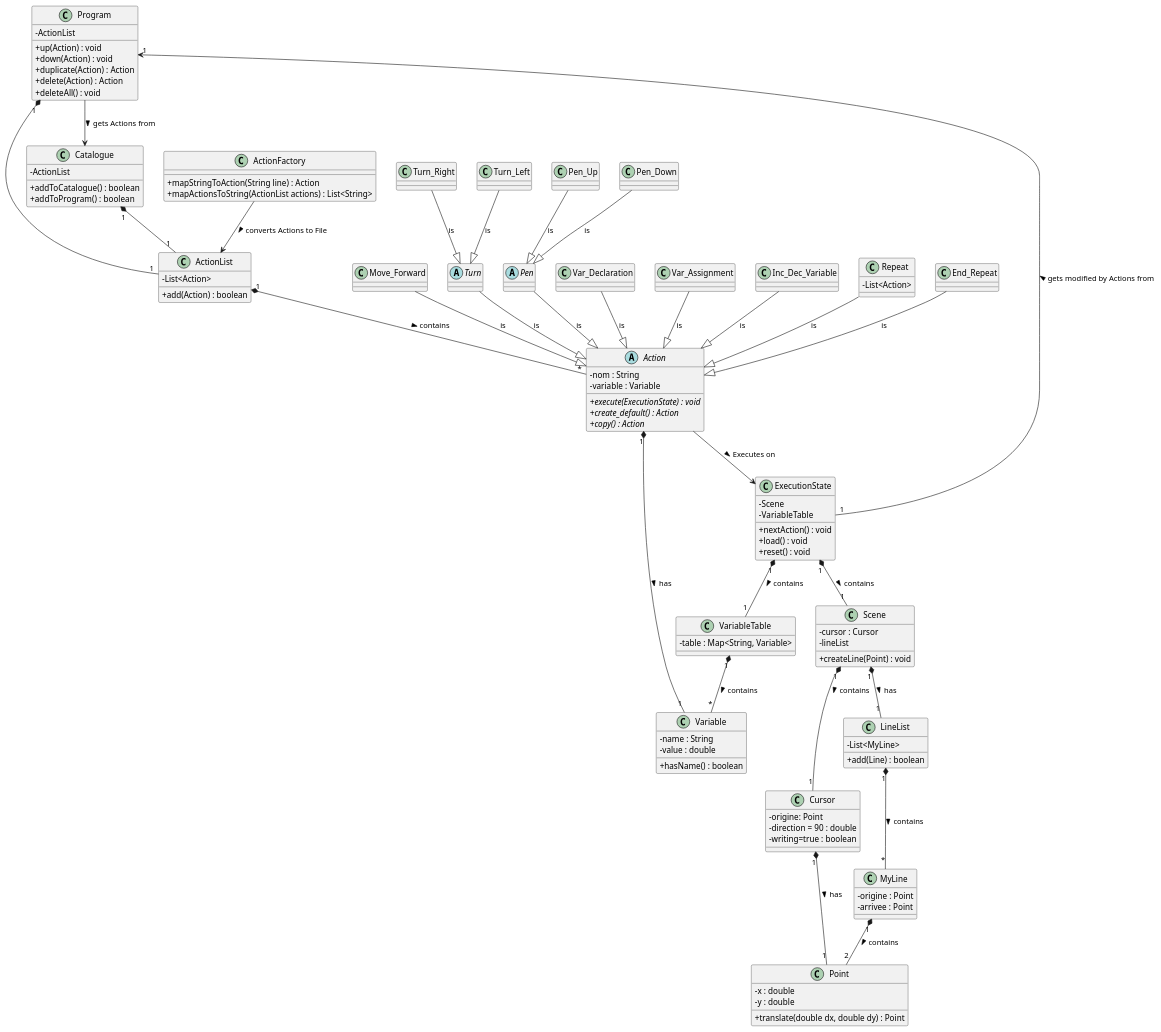
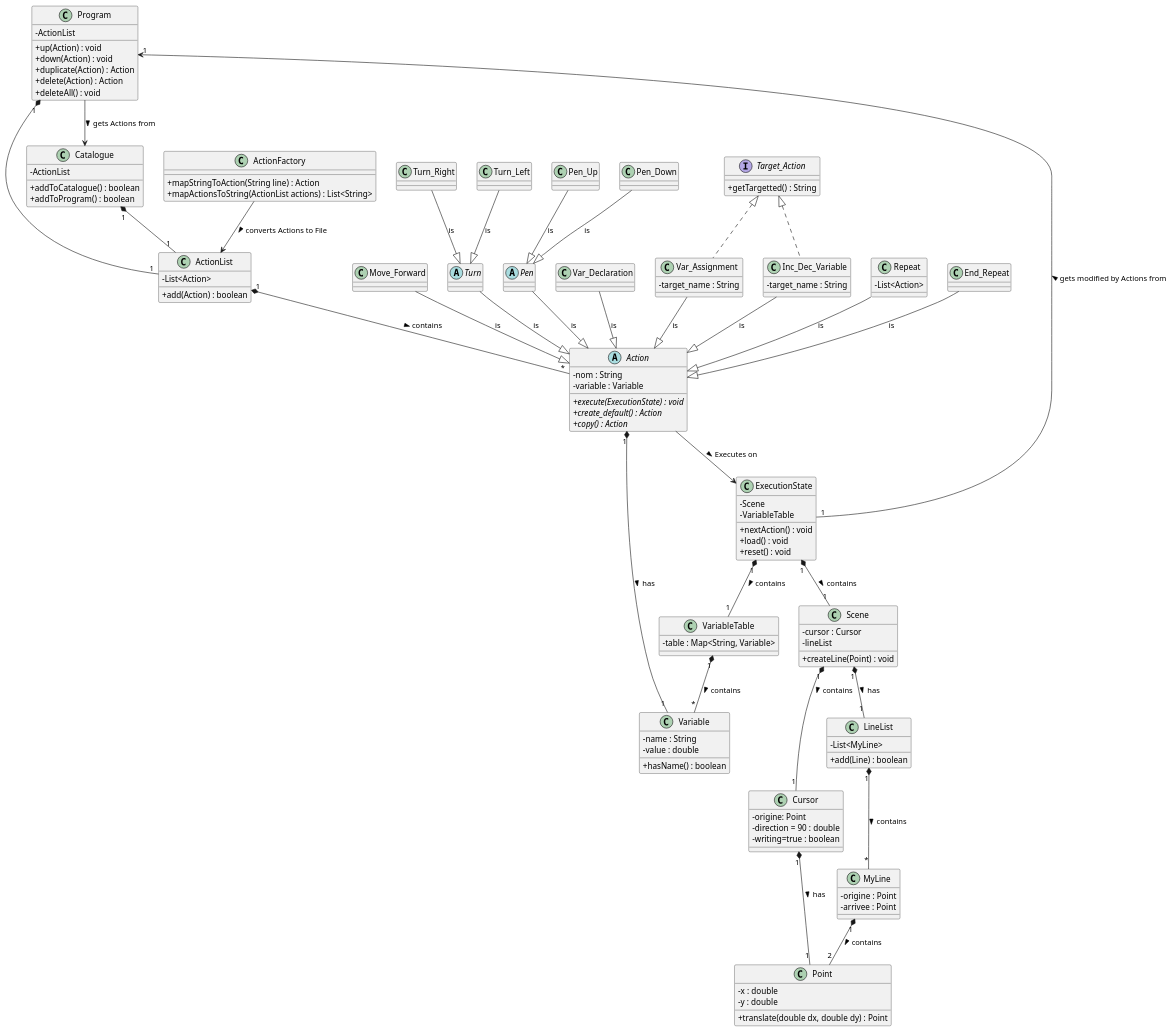
One commit to ajeridi/scratchlike-project changed the diagram in diagramme_classes.puml. Above: the diagram before and after it, drawn with PlantUML. The commit also changed 4 other files, not shown here.

Commit message:
feat(var_assignement) : creation de la classe Var_Assignment, de l'interface Target_Action

```diff
--- a/diagramme_classes.puml
+++ b/diagramme_classes.puml
@@ -1,169 +1,176 @@
 @startuml
 
 skinparam Shadowing false               /' Désactive l'effet d'ombre sur les éléments '/
 skinparam classAttributeIconSize 0      /' Taille des icônes d'attribut de classe (ici 0 pour les cacher) '/
 skinparam defaultFontName Consolas      /' Utilisation de la police Consolas par défaut '/
 !pragma useIntermediatePackages false   /' Désactive l'utilisation de packages intermédiaires '/
 
 
 class Program {
      - ActionList
      + up(Action) : void
      + down(Action) : void
      + duplicate(Action) : Action
      + delete(Action) : Action
      + deleteAll() : void
 }
 
 class ActionList{
     - List<Action>
     + add(Action) : boolean
 }
 
 
 class Catalogue {
     - ActionList
     + addToCatalogue() : boolean
     + addToProgram() : boolean
 }
 
 class ActionFactory {
     + mapStringToAction(String line) : Action
     +  mapActionsToString(ActionList actions) : List<String>
 }
 
 abstract class Action {
     - nom : String
     - variable : Variable
     + {abstract} execute(ExecutionState) : void
     + {abstract} create_default() : Action
     + {abstract} copy() : Action
 }
 
 
 class Variable {
     - name : String
     - value : double
     + hasName() : boolean
 }
 
 class Move_Forward {
 }
 
 abstract class Turn {
 }
 
 class Turn_Right {
 }
 
 class Turn_Left {
 }
 
 abstract class Pen {
 
 }
 
 class Pen_Up {
 }
 
 class Pen_Down {
 }
 
 class Var_Declaration {
     /'declare une variable'/
 }
 
 class Var_Assignment {
     /'Assigne une variable'/
+    - target_name : String
 }
 
 class Inc_Dec_Variable {
     /'Incrémente ou décrémente la variable'/
+    - target_name : String
+}
+
+interface Target_Action {
+    + getTargetted() : String
 }
 
 class Repeat {
     - List<Action>
 }
 
 class End_Repeat{
 }
 
 class VariableTable {
     - table : Map<String, Variable>
 }
 
 class ExecutionState {
     - Scene
     - VariableTable
     + nextAction() : void
     + load() : void
     + reset() : void
 }
 
 class Scene {
     - cursor : Cursor
     - lineList
     + createLine(Point) : void
 }
 
 class Cursor {
     - origine: Point
     - direction = 90 : double
     - writing=true : boolean
 }
 
 class LineList {
     - List<MyLine>
     + add(Line) : boolean
 }
 
 class MyLine {
     - origine : Point
     - arrivee : Point
 }
 
 class Point {
     - x : double
     - y : double
     + translate(double dx, double dy) : Point
 }
 
 
 Move_Forward --|> Action : is
 Turn --|> Action : is
 Turn_Right --|> Turn : is
 Turn_Left --|> Turn : is
 
 Pen --|> Action : is
 Pen_Up --|> Pen : is
 Pen_Down --|> Pen : is
 Var_Declaration --|> Action: is
 Var_Assignment --|> Action: is
 Inc_Dec_Variable --|> Action: is
 Repeat --|> Action : is
 End_Repeat --|> Action : is
 
 ActionFactory --> ActionList : > converts Actions to File
 Action --> ExecutionState : > Executes on
 Program "1"*--"1" ActionList
 ActionList "1"*--"*" Action : > contains
 Catalogue "1"*--"1" ActionList
 Action "1"*--"1" Variable : > has
 
 VariableTable "1"*--"*" Variable : > contains
 
 ExecutionState "1"*--"1" Scene : > contains
 ExecutionState "1"*--"1" VariableTable : > contains
 
 Scene "1"*--"1" Cursor : > contains
 Scene "1"*--"1" LineList : > has
 LineList "1"*--"*" MyLine : > contains
 Cursor "1"*--"1" Point : > has
 MyLine "1"*--"2" Point : > contains
 
 ExecutionState "1"-->"1" Program : > gets modified by Actions from
 
 Program --> Catalogue : >  gets Actions from
 
-
+class Var_Assignment implements Target_Action
+class Inc_Dec_Variable implements Target_Action
 @enduml
```
